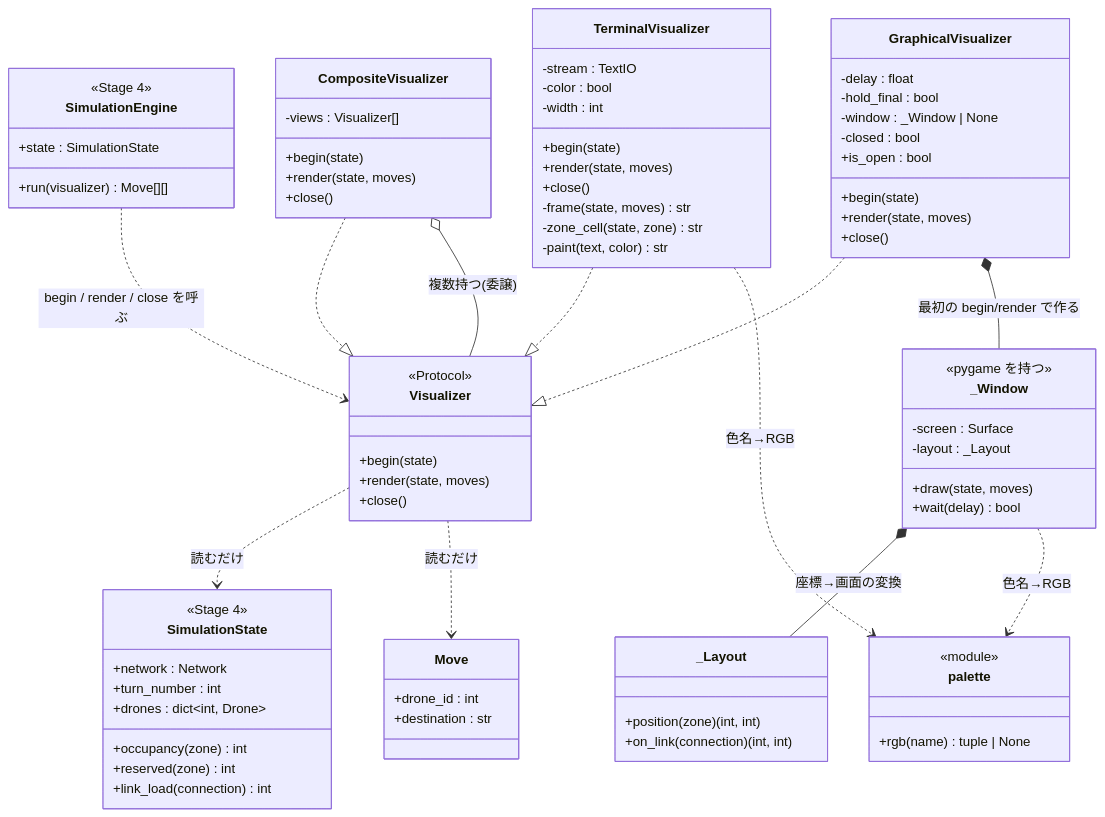
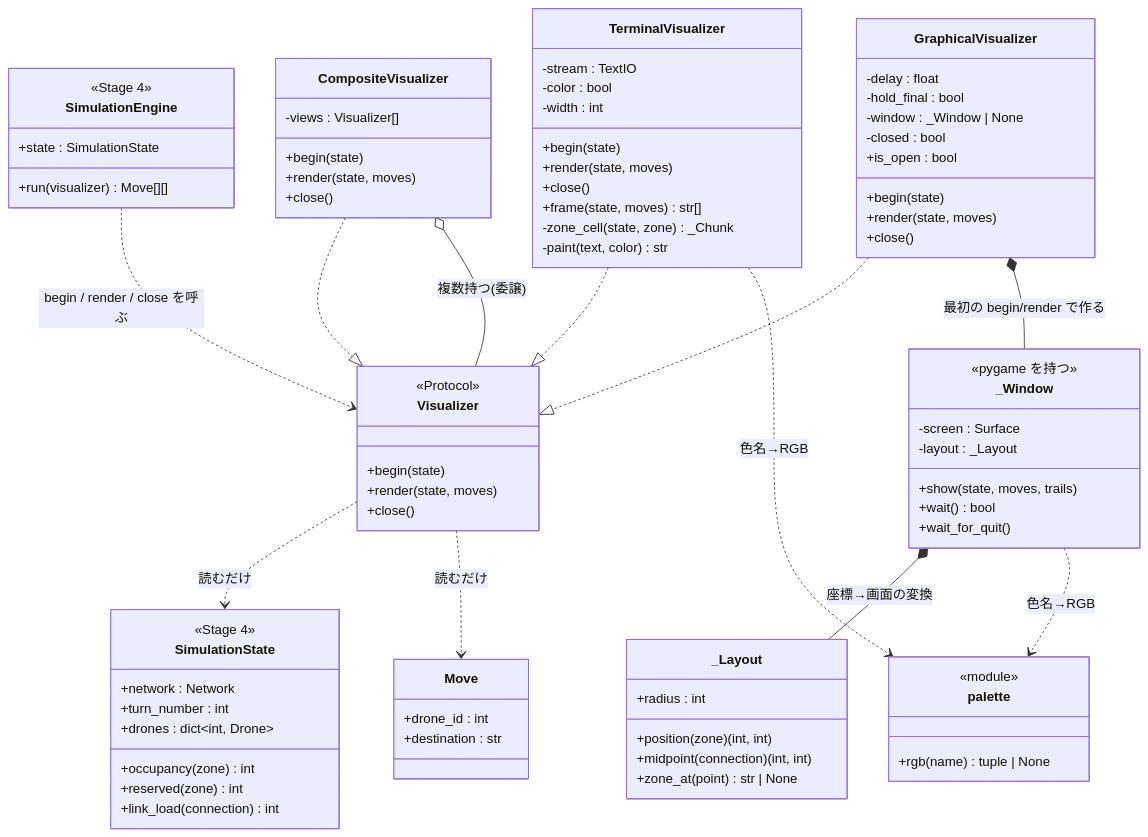
Before and after one commit to saikawakiruya-droid/fly_in: the first of 3 diagrams in docs/research/2026-10-17_workflow-stage7-visualization.md, drawn with Mermaid. The commit also changed other lines of this file and 1 other file, not shown here.

```diff
--- a/docs/research/2026-10-17_workflow-stage7-visualization.md
+++ b/docs/research/2026-10-17_workflow-stage7-visualization.md
@@ -96,8 +96,8 @@
         +begin(state)
         +render(state, moves)
         +close()
-        -frame(state, moves) str
-        -zone_cell(state, zone) str
+        +frame(state, moves) str[]
+        -zone_cell(state, zone) _Chunk
         -paint(text, color) str
     }
     class GraphicalVisualizer {
@@ -114,12 +114,15 @@
         <<pygame を持つ>>
         -screen : Surface
         -layout : _Layout
-        +draw(state, moves)
-        +wait(delay) bool
+        +show(state, moves, trails)
+        +wait() bool
+        +wait_for_quit()
     }
     class _Layout {
+        +radius : int
         +position(zone) (int, int)
-        +on_link(connection) (int, int)
+        +midpoint(connection) (int, int)
+        +zone_at(point) str | None
     }
     class palette {
         <<module>>
```
